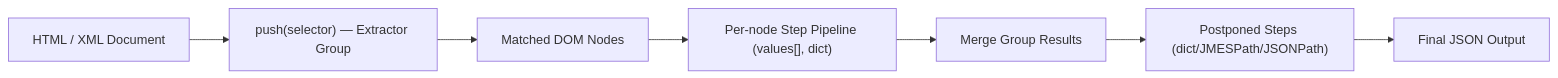
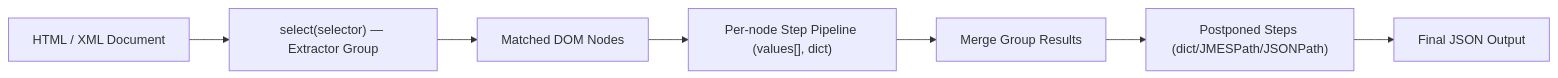
The diagram in docs/dsl-and-steps.md (MateusGPe/xsel2), drawn with Mermaid before and after one commit. The commit also changed other lines of this file and 15 other files, not shown here.

````diff
--- a/docs/dsl-and-steps.md
+++ b/docs/dsl-and-steps.md
@@ -76,9 +76,9 @@
 ```mermaid
 flowchart LR
-  HTML["HTML / XML Document"] --> G1["push(selector) — Extractor Group"]
+  HTML["HTML / XML Document"] --> G1["select(selector) — Extractor Group"]
   G1 --> Nodes["Matched DOM Nodes"]
   Nodes --> Steps["Per-node Step Pipeline (values[], dict)"]
   Steps --> Merge["Merge Group Results"]
   Merge --> Post["Postponed Steps (dict/JMESPath/JSONPath)"]
   Post --> Out["Final JSON Output"]
 ```
````
